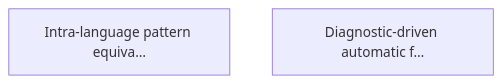
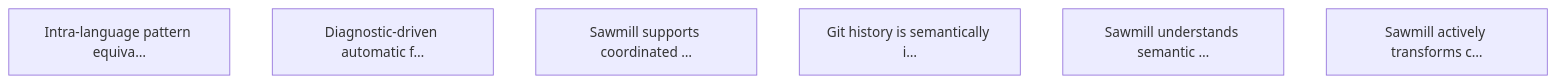
The diagram in targets.md (marcelocantos/sawmill), drawn with Mermaid before and after one commit. The commit also changed other lines of this file and 10 other files, not shown here.

First line of the commit message:
On-demand CST architecture and new targets (🎯T4, 🎯T6-T8) (#6)

````diff
--- a/targets.md
+++ b/targets.md
@@ -55,5 +135,9 @@
 ```mermaid
 graph TD
     T1["Intra-language pattern equiva…"]
     T3["Diagnostic-driven automatic f…"]
+    T5["Sawmill supports coordinated …"]
+    T6["Git history is semantically i…"]
+    T7["Sawmill understands semantic …"]
+    T8["Sawmill actively transforms c…"]
 ```
````
